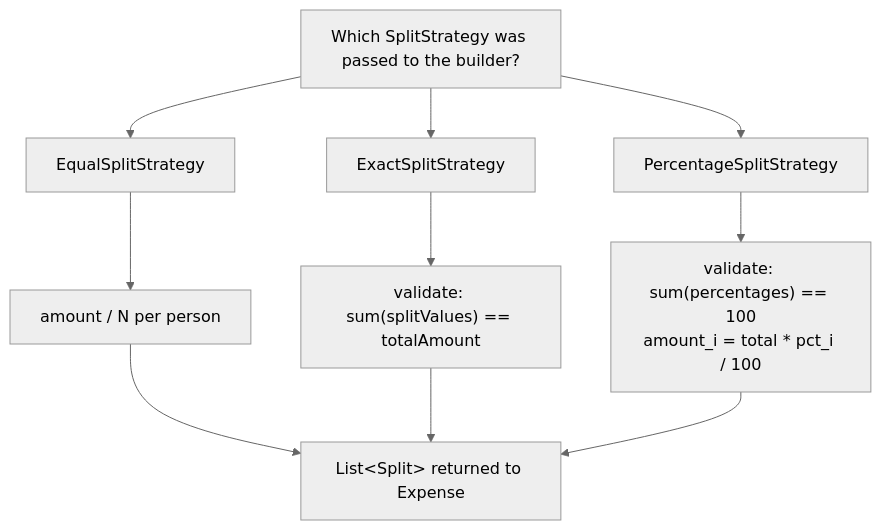
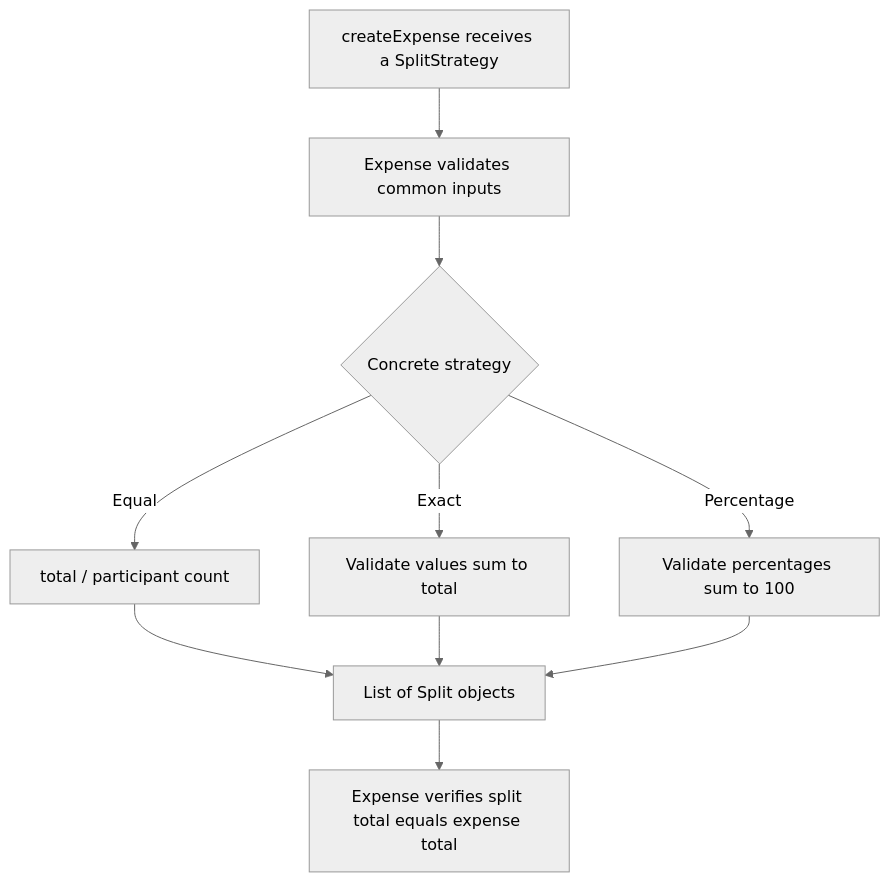
Before and after one commit to bhargavtenali/awesome-low-level-design: the second of 5 diagrams in solutions/java/src/splitwise/SplitwiseLLD.md, drawn with Mermaid (neutral theme). The commit also changed other lines of this file and 12 other files, not shown here.

````diff
--- a/solutions/java/src/splitwise/SplitwiseLLD.md
+++ b/solutions/java/src/splitwise/SplitwiseLLD.md
@@ -259,12 +162,12 @@
 ```mermaid
 flowchart TD
-    A[Which SplitStrategy was passed to the builder?] --> B[EqualSplitStrategy]
-    A --> C[ExactSplitStrategy]
-    A --> D[PercentageSplitStrategy]
-    B --> E["amount / N per person"]
-    C --> F["validate: sum(splitValues) == totalAmount"]
-    D --> G["validate: sum(percentages) == 100<br/>amount_i = total * pct_i / 100"]
-    E --> H["List&lt;Split&gt; returned to Expense"]
-    F --> H
-    G --> H
+    A[createExpense receives a SplitStrategy] --> B[Expense validates common inputs]
+    B --> C{Concrete strategy}
+    C -->|Equal| D[total / participant count]
+    C -->|Exact| E[Validate values sum to total]
+    C -->|Percentage| F[Validate percentages sum to 100]
+    D --> G[List of Split objects]
+    E --> G
+    F --> G
+    G --> H[Expense verifies split total equals expense total]
 ```
````
